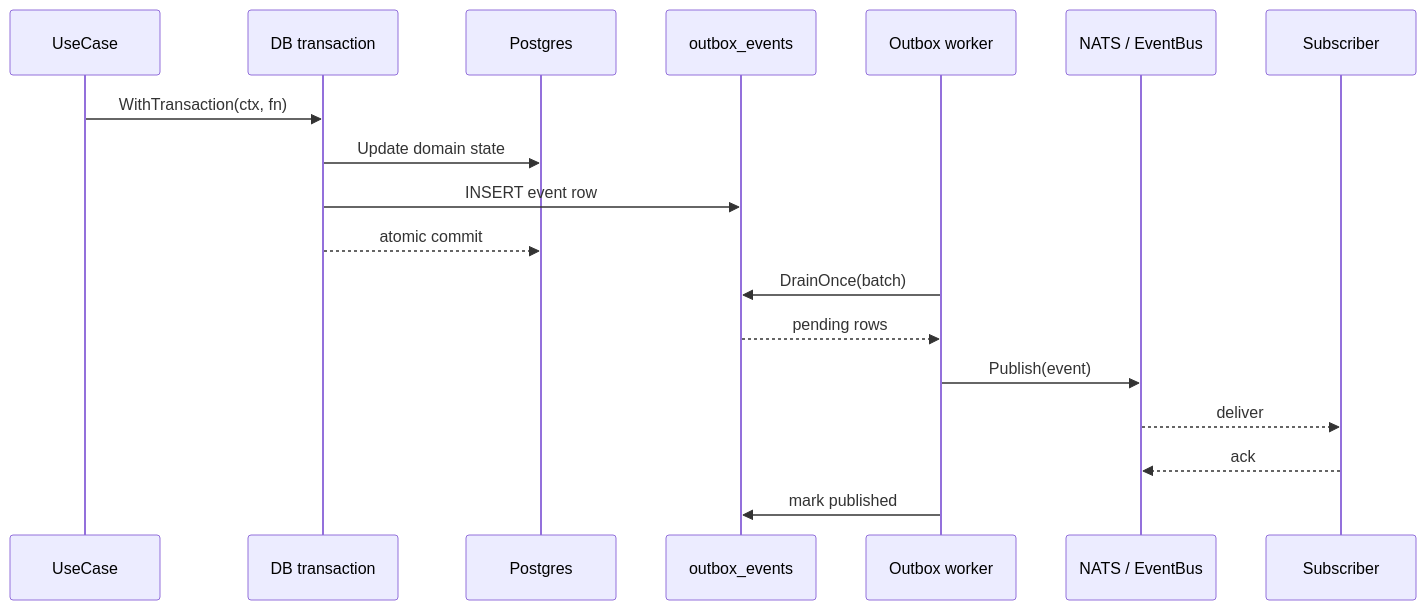
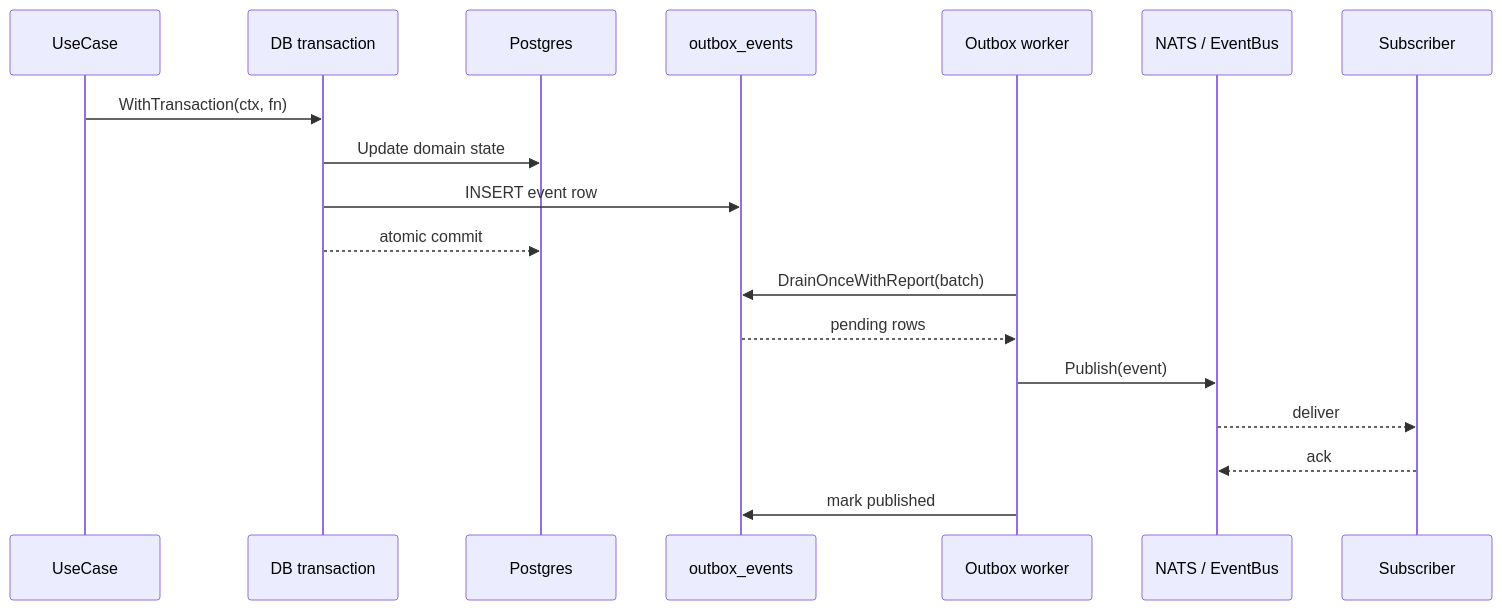
The third of 8 diagrams in architecture/06-runtime-view.md (septagon-oss/pk-docs), drawn with Mermaid before and after one commit. The commit also changed other lines of this file and 110 other files, not shown here.

````diff
--- a/architecture/06-runtime-view.md
+++ b/architecture/06-runtime-view.md
@@ -106,21 +106,21 @@
 ```mermaid
 sequenceDiagram
     participant UseCase
     participant Tx as DB transaction
     participant DB as Postgres
     participant Outbox as outbox_events
     participant Worker as Outbox worker
     participant Bus as NATS / EventBus
     participant Subscriber
 
     UseCase->>Tx: WithTransaction(ctx, fn)
     Tx->>DB: Update domain state
     Tx->>Outbox: INSERT event row
     Tx-->>DB: atomic commit
-    Worker->>Outbox: DrainOnce(batch)
+    Worker->>Outbox: DrainOnceWithReport(batch)
     Outbox-->>Worker: pending rows
     Worker->>Bus: Publish(event)
     Bus-->>Subscriber: deliver
     Subscriber-->>Bus: ack
     Worker->>Outbox: mark published
 ```
````
